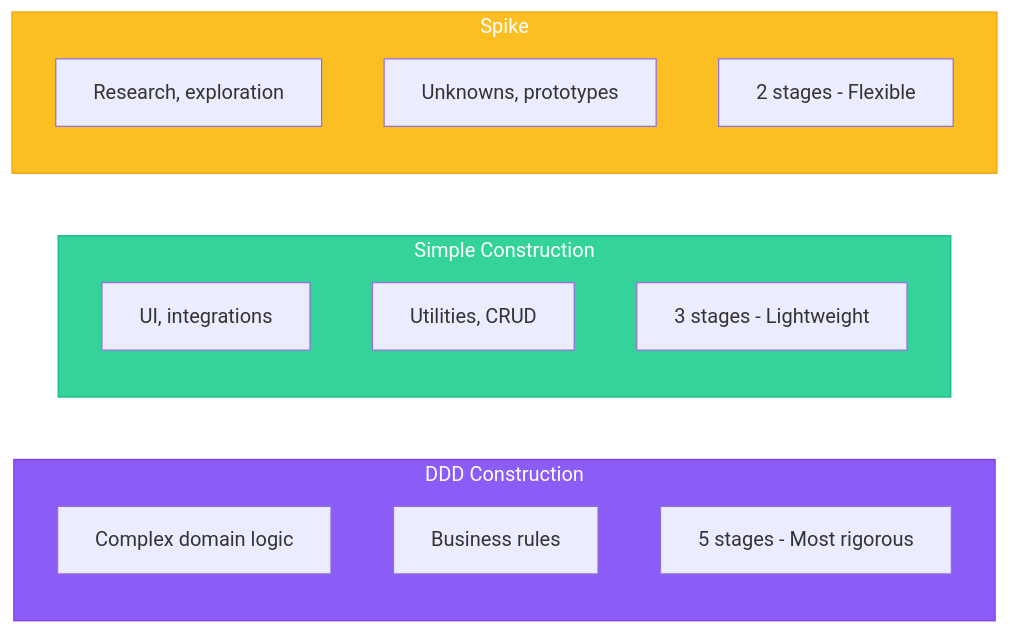
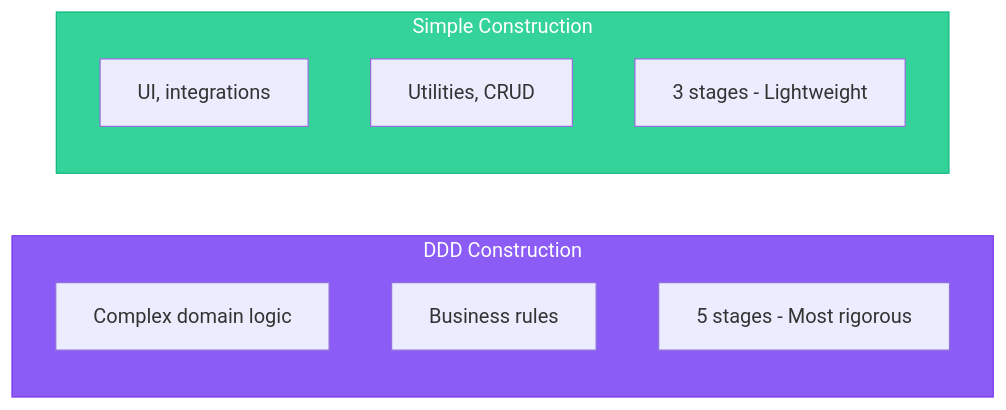
One commit to KiNgReX90/specsmd_turbo changed the diagram in docs.specs.md/guides/bolt-types.mdx. Above: the diagram before and after it, drawn with Mermaid. The commit also changed other lines of this file and 8 other files, not shown here.

````diff
--- a/docs.specs.md/guides/bolt-types.mdx
+++ b/docs.specs.md/guides/bolt-types.mdx
@@ -10,24 +10,17 @@
 ```mermaid
 flowchart LR
     subgraph DDD[DDD Construction]
         D1[Complex domain logic]
         D2[Business rules]
         D3[5 stages - Most rigorous]
     end
 
     subgraph Simple[Simple Construction]
         S1[UI, integrations]
         S2[Utilities, CRUD]
         S3[3 stages - Lightweight]
     end
 
-    subgraph Spike[Spike]
-        SP1[Research, exploration]
-        SP2[Unknowns, prototypes]
-        SP3[2 stages - Flexible]
-    end
-
     style DDD fill:#8B5CF6,stroke:#7C3AED,color:#fff
     style Simple fill:#34D399,stroke:#10B981,color:#fff
-    style Spike fill:#FBBF24,stroke:#F59E0B,color:#fff
 ```
````
